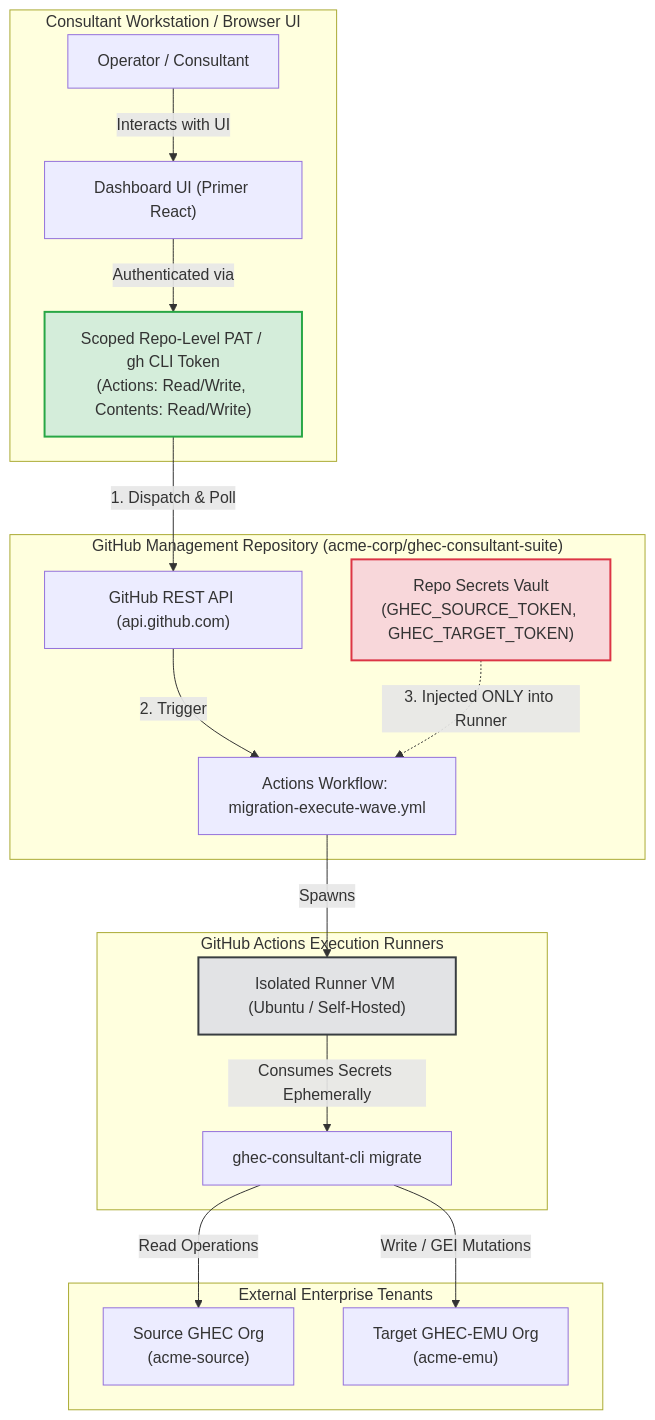
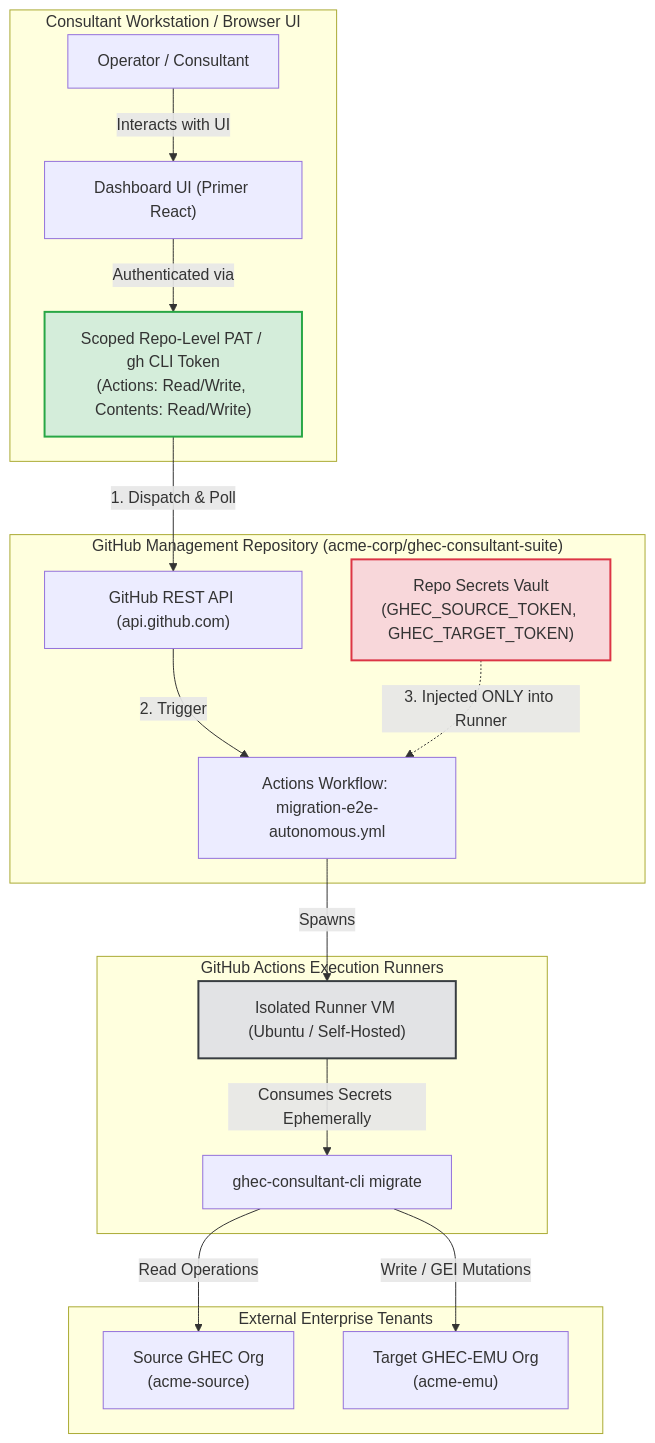
The first of 4 diagrams in docs/reports/migration-dashboard-feasibility-study.md (cloudgxp/ghec-consultant-suite), drawn with Mermaid before and after one commit. The commit also changed other lines of this file and 31 other files, not shown here.

Commit message:
feat(workflows): consolidate on migration-e2e-autonomous and add verify & pages workflows (TASK-082)

````diff
--- a/docs/reports/migration-dashboard-feasibility-study.md
+++ b/docs/reports/migration-dashboard-feasibility-study.md
@@ -59,36 +59,36 @@
 ```mermaid
 graph TD
     subgraph ConsultantWorkstation["Consultant Workstation / Browser UI"]
         Operator["Operator / Consultant"]
         Dashboard["Dashboard UI (Primer React)"]
         ScopedToken["Scoped Repo-Level PAT / gh CLI Token<br/>(Actions: Read/Write, Contents: Read/Write)"]
         Operator -->|Interacts with UI| Dashboard
         Dashboard -->|Authenticated via| ScopedToken
     end
 
     subgraph GitHubControlPlane["GitHub Management Repository (acme-corp/ghec-consultant-suite)"]
         RepoAPI["GitHub REST API (api.github.com)"]
         RepoSecrets["Repo Secrets Vault<br/>(GHEC_SOURCE_TOKEN, GHEC_TARGET_TOKEN)"]
-        Workflow["Actions Workflow: migration-execute-wave.yml"]
+        Workflow["Actions Workflow: migration-e2e-autonomous.yml"]
         ScopedToken -->|1. Dispatch & Poll| RepoAPI
         RepoAPI -->|2. Trigger| Workflow
         RepoSecrets -.->|3. Injected ONLY into Runner| Workflow
     end
 
     subgraph Runners["GitHub Actions Execution Runners"]
         Runner["Isolated Runner VM (Ubuntu / Self-Hosted)"]
         Workflow -->|Spawns| Runner
         Runner -->|Consumes Secrets Ephemerally| CLI["ghec-consultant-cli migrate"]
     end
 
     subgraph ExternalTenants["External Enterprise Tenants"]
         SourceOrg["Source GHEC Org<br/>(acme-source)"]
         TargetOrg["Target GHEC-EMU Org<br/>(acme-emu)"]
         CLI -->|Read Operations| SourceOrg
         CLI -->|Write / GEI Mutations| TargetOrg
     end
 
     style ScopedToken fill:#d4edda,stroke:#28a745,stroke-width:2px;
     style RepoSecrets fill:#f8d7da,stroke:#dc3545,stroke-width:2px;
     style Runner fill:#e2e3e5,stroke:#383d41,stroke-width:2px;
 ```
````
